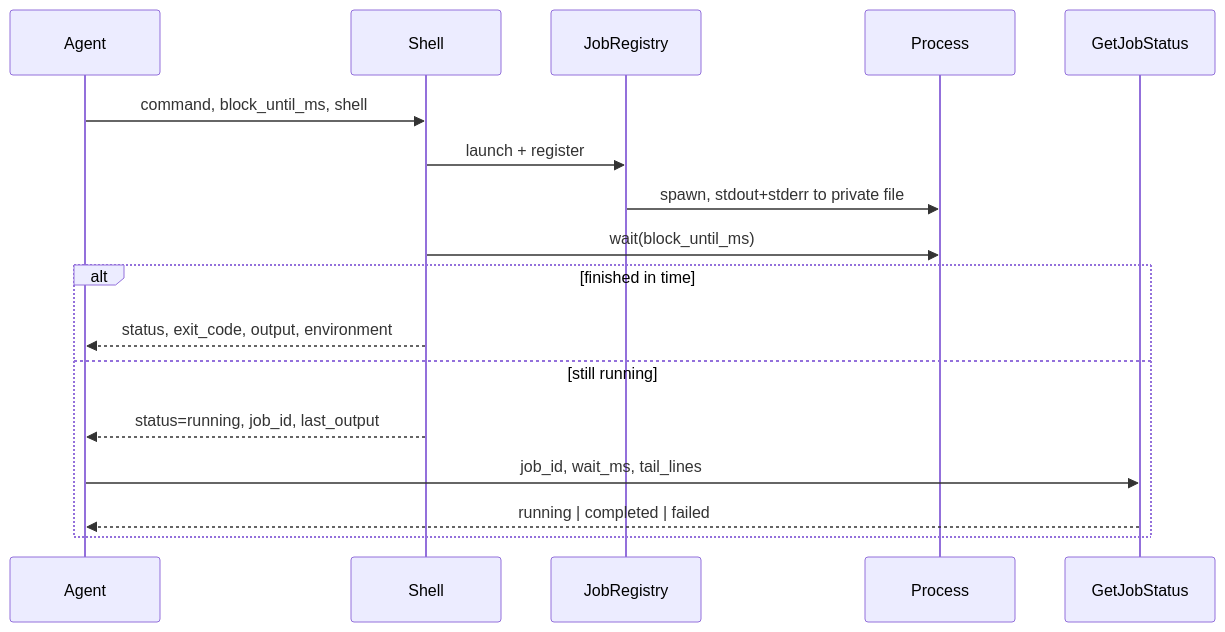
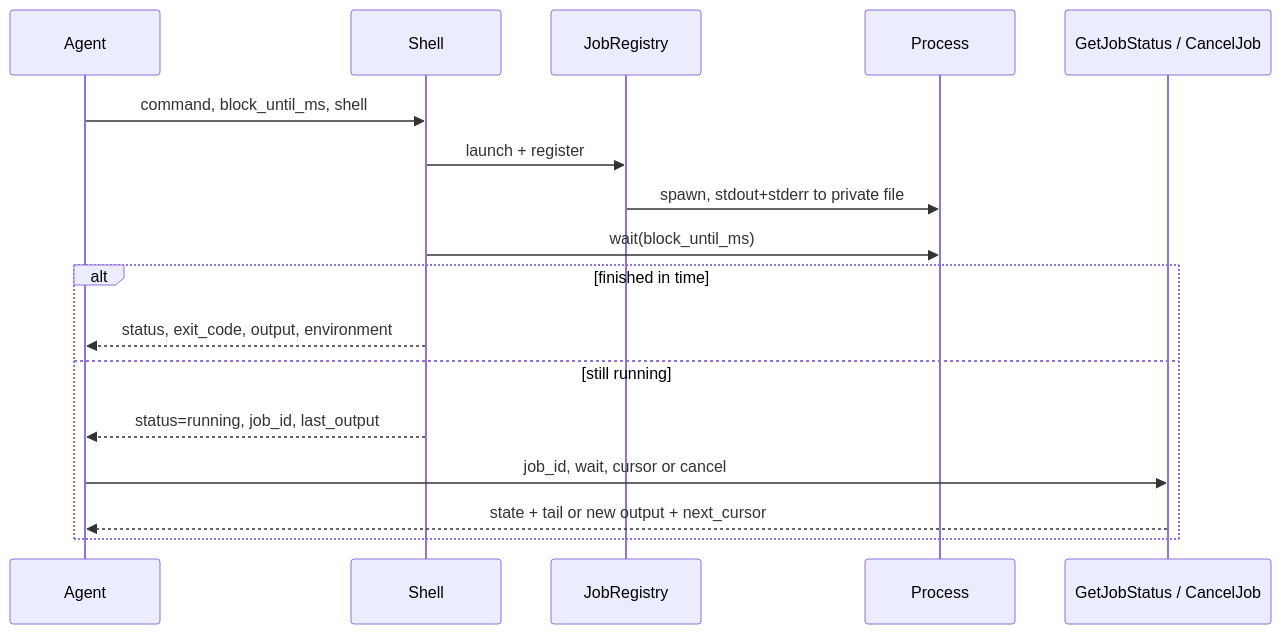
Before and after one commit to nandoripardo888/code-base: the second of 2 diagrams in docs/architecture.md, drawn with Mermaid. The commit also changed other lines of this file and 17 other files, not shown here.

````diff
--- a/docs/architecture.md
+++ b/docs/architecture.md
@@ -106,20 +136,20 @@
 ```mermaid
 sequenceDiagram
     participant Agent
     participant Shell
     participant Registry as JobRegistry
     participant Process
-    participant Status as GetJobStatus
+    participant Status as GetJobStatus / CancelJob
 
     Agent->>Shell: command, block_until_ms, shell
     Shell->>Registry: launch + register
     Registry->>Process: spawn, stdout+stderr to private file
     Shell->>Process: wait(block_until_ms)
     alt finished in time
         Shell-->>Agent: status, exit_code, output, environment
     else still running
         Shell-->>Agent: status=running, job_id, last_output
-        Agent->>Status: job_id, wait_ms, tail_lines
-        Status-->>Agent: running | completed | failed
+        Agent->>Status: job_id, wait, cursor or cancel
+        Status-->>Agent: state + tail or new output + next_cursor
     end
 ```
````
